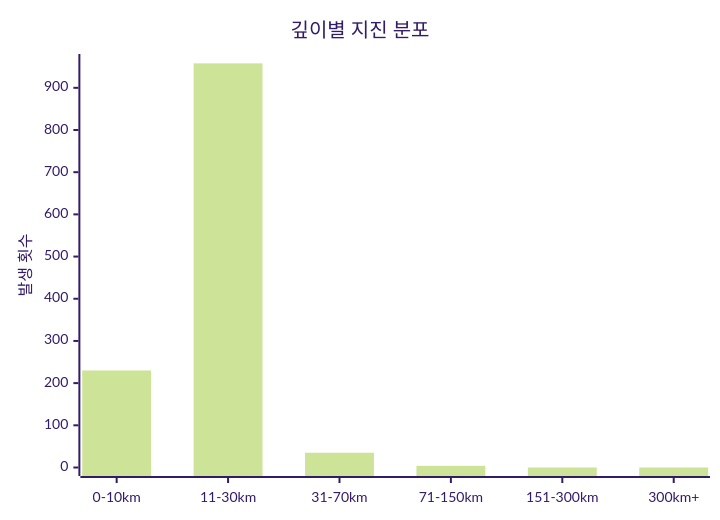
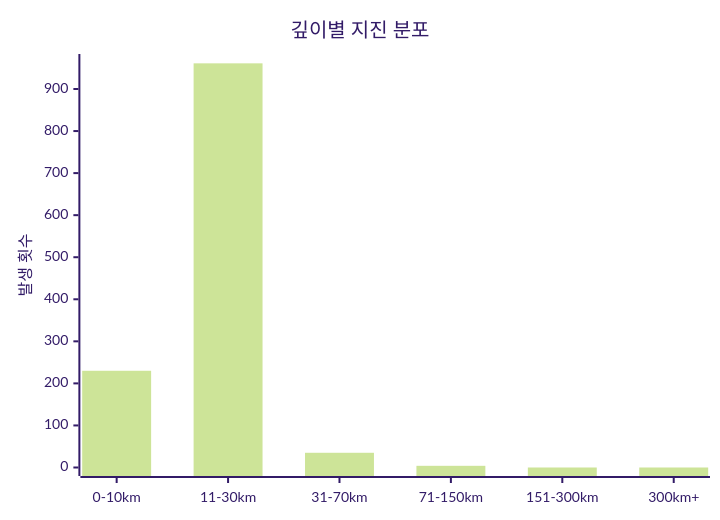
One commit to serendip811/japan-eq changed the diagram in charts/depth-chart.md. Above: the diagram before and after it, drawn with Mermaid (forest theme). The commit also changed other lines of this file and 5 other files, not shown here.

Commit message:
Update earthquake data and charts Fri Jul  4 12:06:39 UTC 2025

````diff
--- a/charts/depth-chart.md
+++ b/charts/depth-chart.md
@@ -3,7 +3,7 @@
 ```mermaid
 xychart-beta
     title "깊이별 지진 분포"
     x-axis ["0-10km", "11-30km", "31-70km", "71-150km", "151-300km", "300km+"]
-    y-axis "발생 횟수" 0 --> 960
-    bar [230, 958, 35, 4, 0, 0]
+    y-axis "발생 횟수" 0 --> 963
+    bar [230, 961, 35, 4, 0, 0]
 ```
````
